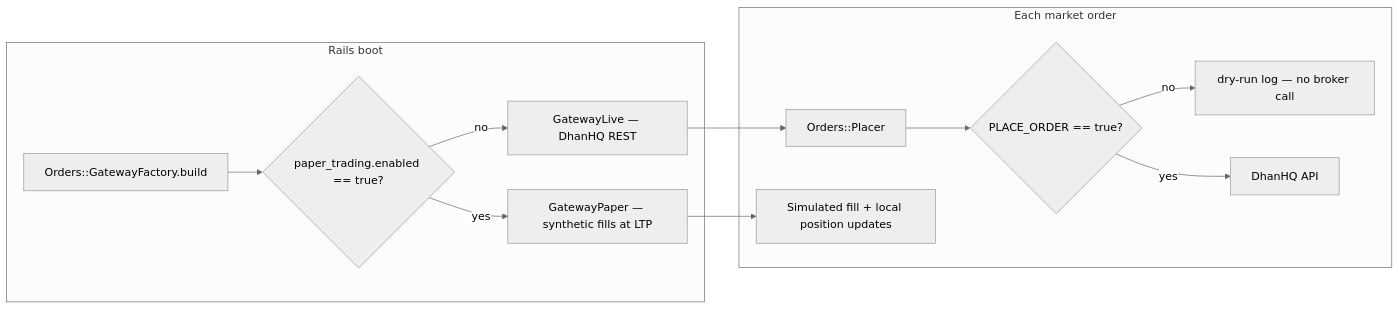
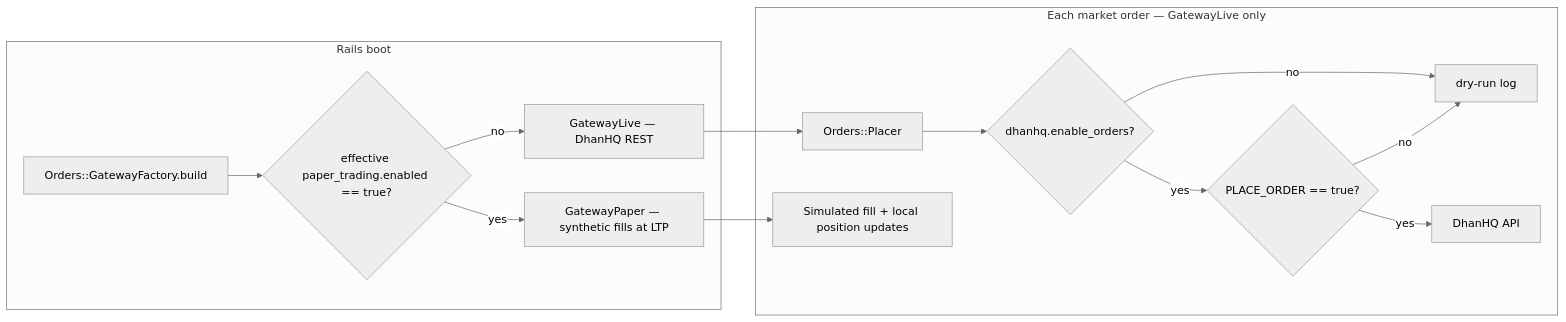
The second of 5 diagrams in docs/diagrams/trading-modes.md (shubhamtaywade82/algo_scalper_api), drawn with Mermaid (neutral theme) before and after one commit. The commit also changed other lines of this file and 142 other files, not shown here.

First line of the commit message:
Paper trading only (#163)

````diff
--- a/docs/diagrams/trading-modes.md
+++ b/docs/diagrams/trading-modes.md
@@ -92,16 +54,18 @@
 ```mermaid
 flowchart LR
   subgraph boot [Rails boot]
-    F[Orders::GatewayFactory.build] --> Q{paper_trading.enabled == true?}
+    F[Orders::GatewayFactory.build] --> Q{effective paper_trading.enabled == true?}
     Q -->|yes| GP[GatewayPaper — synthetic fills at LTP]
     Q -->|no| GL[GatewayLive — DhanHQ REST]
   end
 
-  subgraph place [Each market order]
+  subgraph place [Each market order — GatewayLive only]
     GL --> PL[Orders::Placer]
-    PL --> S{PLACE_ORDER == true?}
-    S -->|no| DR[dry-run log — no broker call]
-    S -->|yes| API[DhanHQ API]
+    PL --> S1{dhanhq.enable_orders?}
+    S1 -->|no| DR[dry-run log]
+    S1 -->|yes| S2{PLACE_ORDER == true?}
+    S2 -->|no| DR
+    S2 -->|yes| API[DhanHQ API]
     GP --> SIM[Simulated fill + local position updates]
   end
 ```
````
